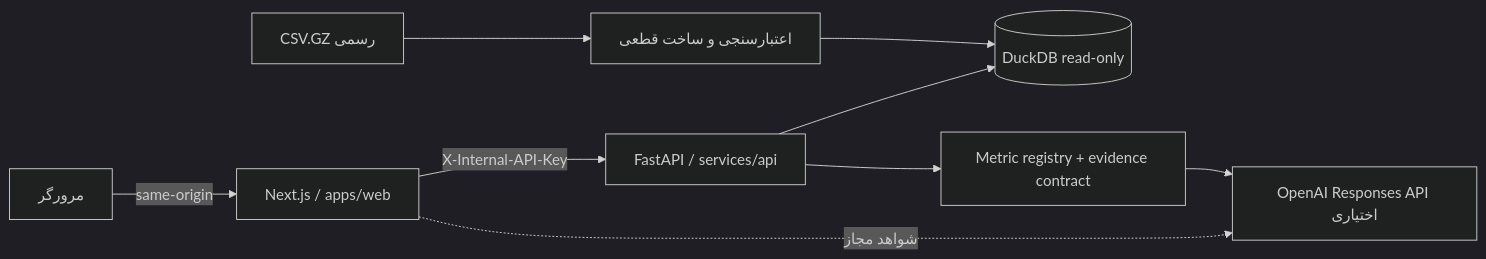
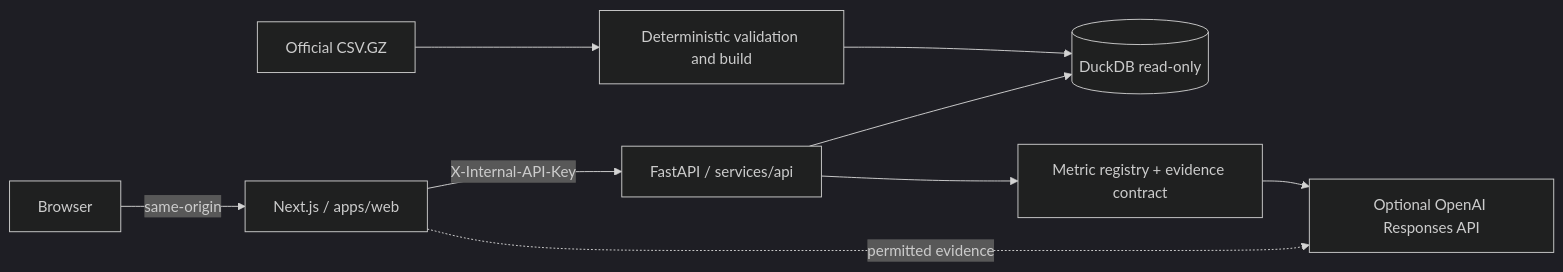
One commit to sina-04/ZarinPal-Challenge changed the diagram in README.md. Above: the diagram before and after it, drawn with Mermaid (dark theme). The commit also changed other lines of this file, not shown here.

````diff
--- a/README.md
+++ b/README.md
@@ -15,11 +15,11 @@
 ```mermaid
 flowchart LR
-    Browser[مرورگر] -->|same-origin| Web[Next.js / apps/web]
+    Browser[Browser] -->|same-origin| Web[Next.js / apps/web]
     Web -->|X-Internal-API-Key| API[FastAPI / services/api]
     API --> DB[(DuckDB read-only)]
-    Source[CSV.GZ رسمی] --> Pipeline[اعتبارسنجی و ساخت قطعی]
+    Source[Official CSV.GZ] --> Pipeline[Deterministic validation and build]
     Pipeline --> DB
     API --> Evidence[Metric registry + evidence contract]
-    Web -. شواهد مجاز .-> LLM[OpenAI Responses API اختیاری]
+    Web -. permitted evidence .-> LLM[Optional OpenAI Responses API]
     Evidence --> LLM
 ```
````
